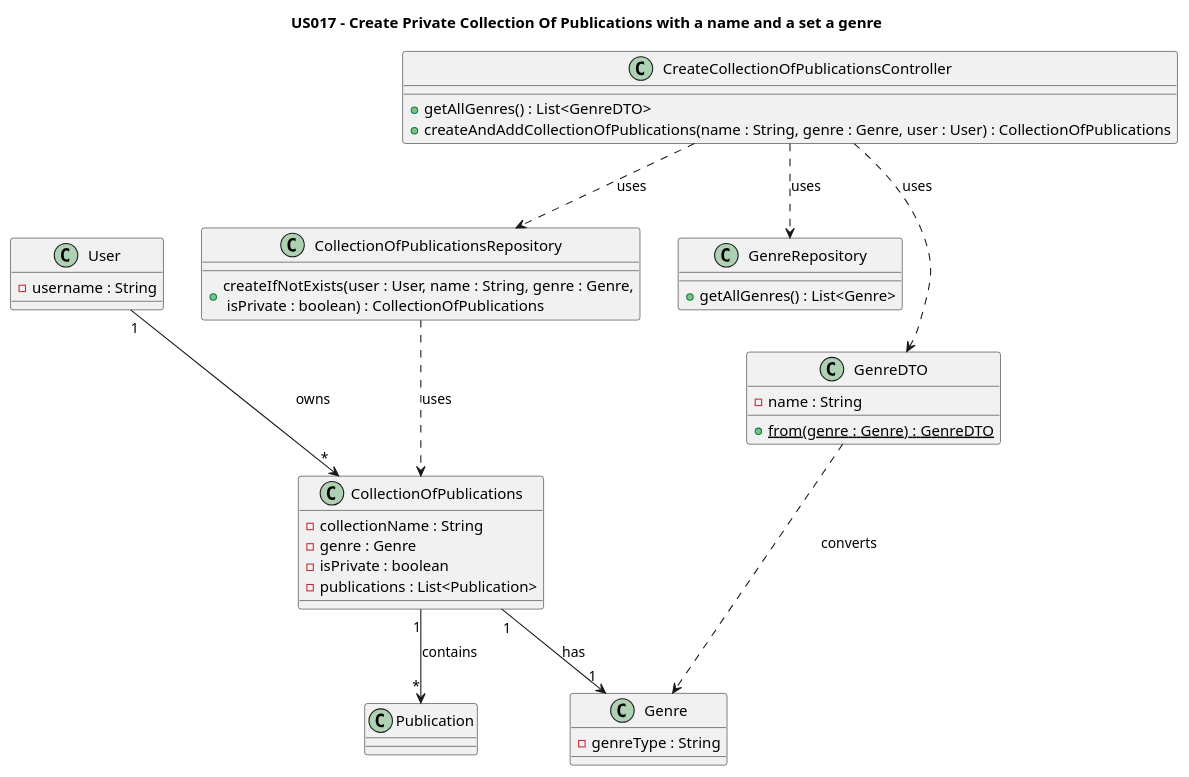
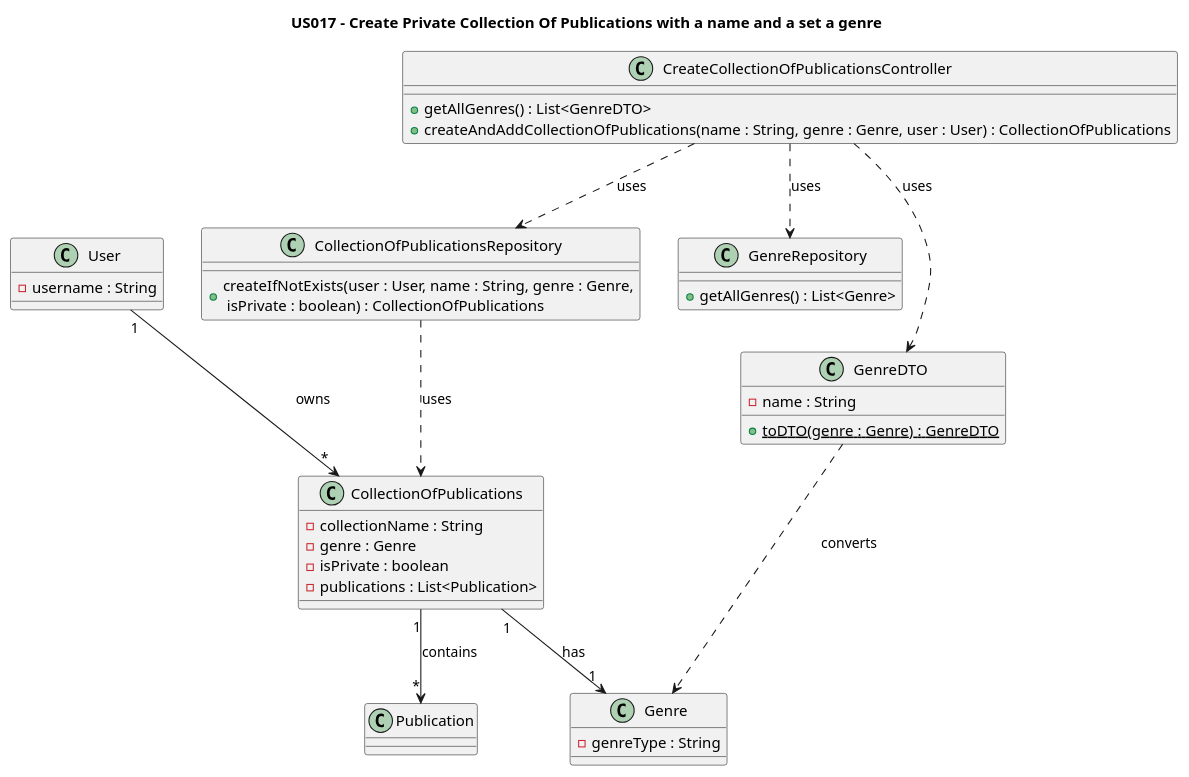
The diagram in Diagrams/ClassDiagrams/US017-to-create-private-publication-list.puml (AndrePereiraGitH/SWitCH-Project-Team_A), drawn with PlantUML before and after one commit. The commit also changed 1 other file, not shown here.

```diff
--- a/Diagrams/ClassDiagrams/US017-to-create-private-publication-list.puml
+++ b/Diagrams/ClassDiagrams/US017-to-create-private-publication-list.puml
@@ -1,67 +1,67 @@
 @startuml
 title US017 - Create Private Collection Of Publications with a name and a set a genre
 
 
 ' _____________________
 ' DOMAIN
 ' _____________________
 
 class User {
   - username : String
 }
 
 class Genre {
   - genreType : String
 }
 
 class CollectionOfPublications {
   - collectionName : String
   - genre : Genre
   - isPrivate : boolean
   - publications : List<Publication>
 }
 
 class Publication {
 }
 
 User "1" --> "*" CollectionOfPublications : owns
 CollectionOfPublications "1" --> "1" Genre : has
 CollectionOfPublications "1" --> "*" Publication : contains
 
 ' ______________________
 ' APPLICATION
 ' ______________________
 
 class CreateCollectionOfPublicationsController {
   + getAllGenres() : List<GenreDTO>
   + createAndAddCollectionOfPublications(name : String, genre : Genre, user : User) : CollectionOfPublications
 }
 
 class GenreDTO {
   - name : String
-  + {static} from(genre : Genre) : GenreDTO
+  + {static} toDTO(genre : Genre) : GenreDTO
 }
 
 ' ___________________
 ' PERSISTENCE
 ' ___________________
 
 class GenreRepository {
   + getAllGenres() : List<Genre>
 }
 
 class CollectionOfPublicationsRepository {
   + createIfNotExists(user : User, name : String, genre : Genre,\n isPrivate : boolean) : CollectionOfPublications
 }
 
 ' _____________________
 ' DEPENDENCIES
 ' ____________________
 
 CreateCollectionOfPublicationsController ..> GenreRepository : uses
 CreateCollectionOfPublicationsController ..> GenreDTO : uses
 CreateCollectionOfPublicationsController ..> CollectionOfPublicationsRepository : uses
 CollectionOfPublicationsRepository ..> CollectionOfPublications : uses
 GenreDTO ..> Genre : converts
 
 @enduml
```
